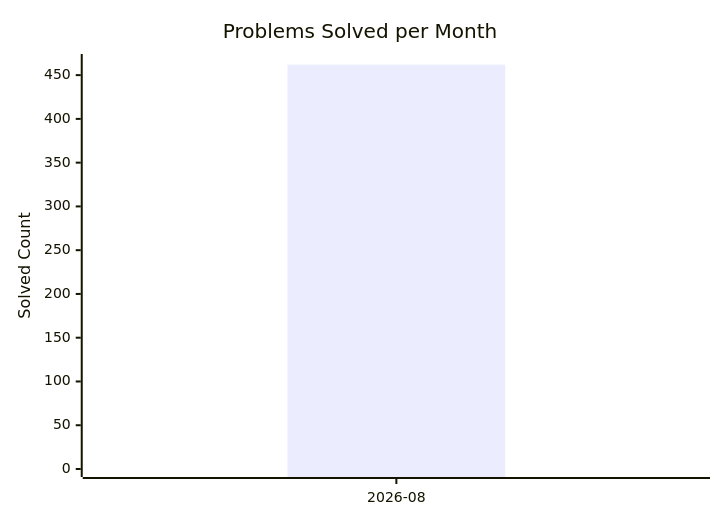
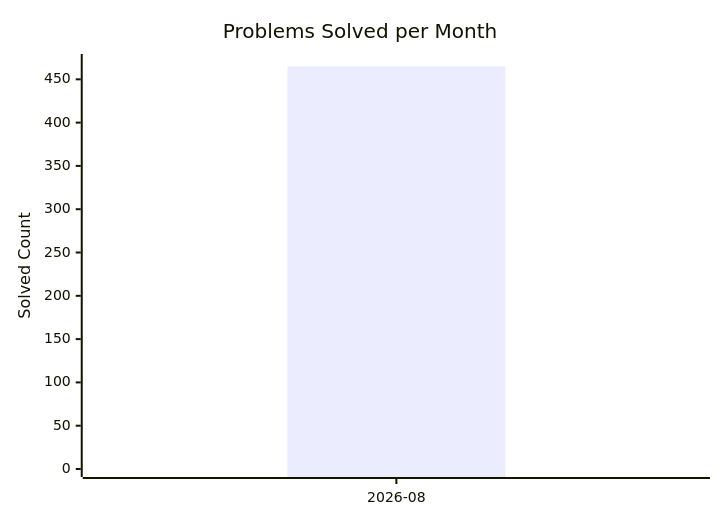
One commit to AdityaPandey-DEV/CP-Progress-Sync changed the diagram in dashboard.md. Above: the diagram before and after it, drawn with Mermaid. The commit also changed other lines of this file, not shown here.

Commit message:
Auto-update CP dashboard [skip ci]

````diff
--- a/dashboard.md
+++ b/dashboard.md
@@ -8,8 +8,8 @@
 ```mermaid
 xychart-beta
     title "Problems Solved per Month"
     x-axis ["2026-08"]
-    y-axis "Solved Count" 0 --> 465
-    bar [462]
-    line [462]
+    y-axis "Solved Count" 0 --> 470
+    bar [465]
+    line [465]
 ```
````
